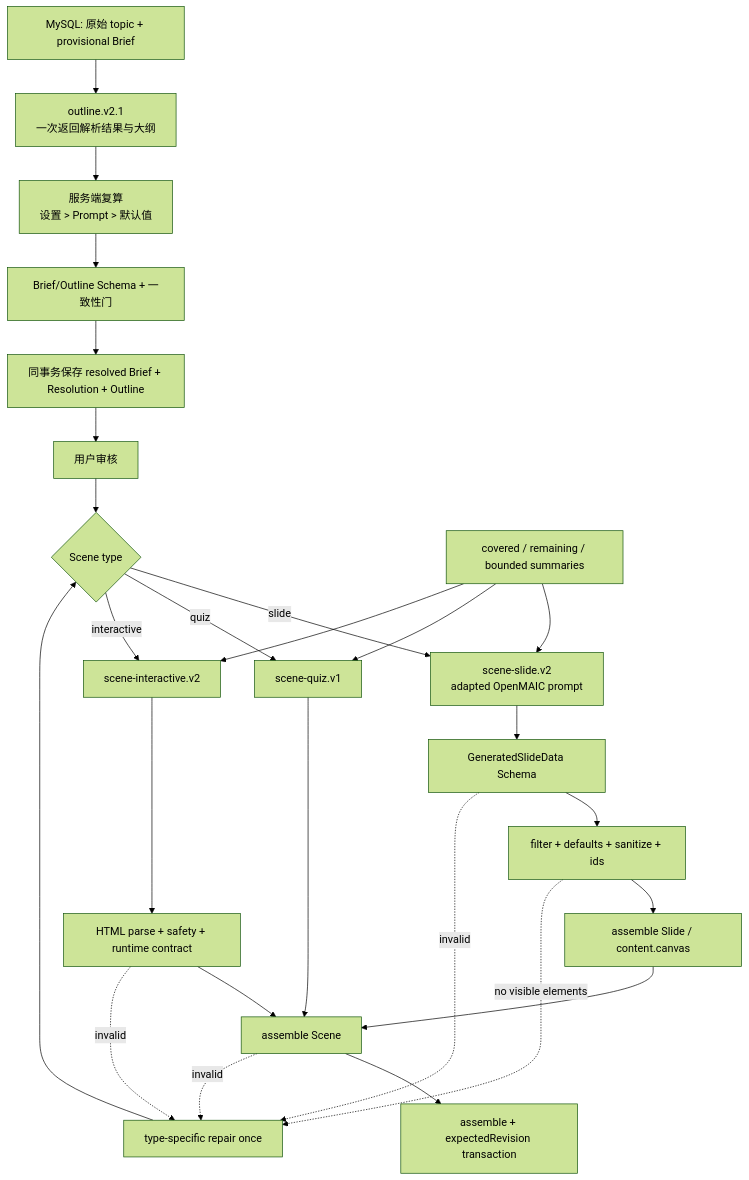
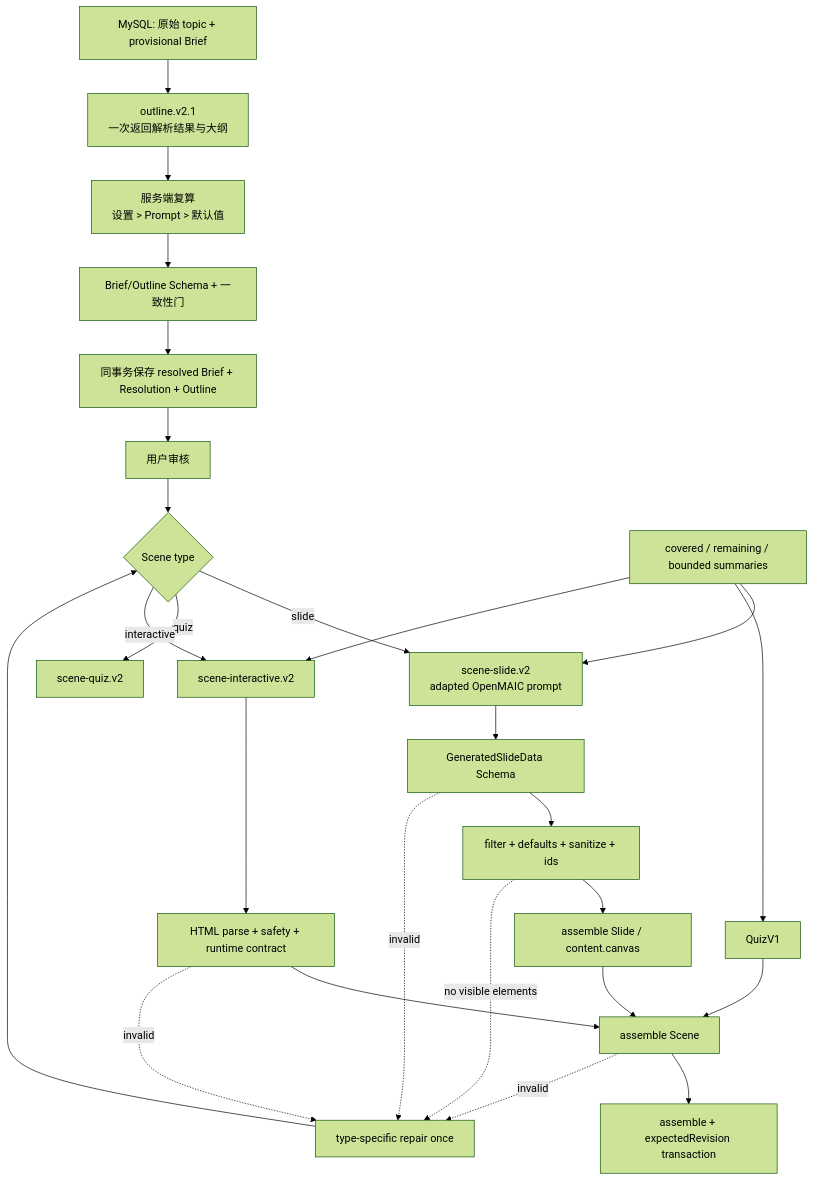
The second of 2 diagrams in docs/05-generation-pipeline.md (shuige666666/ai-teaching-assistance-platform), drawn with Mermaid (forest theme) before and after one commit. The commit also changed other lines of this file and 38 other files, not shown here.

````diff
--- a/docs/05-generation-pipeline.md
+++ b/docs/05-generation-pipeline.md
@@ -87,32 +87,32 @@
 ```mermaid
 flowchart TD
     Draft["MySQL: 原始 topic + provisional Brief"] --> OutlineV2["outline.v2.1<br/>一次返回解析结果与大纲"]
     OutlineV2 --> BriefResolver["服务端复算<br/>设置 > Prompt > 默认值"]
     BriefResolver --> OutlineGate["Brief/Outline Schema + 一致性门"]
     OutlineGate --> PersistOutline["同事务保存 resolved Brief + Resolution + Outline"]
     PersistOutline --> Review["用户审核"]
     Review --> Route{"Scene type"}
 
     Route -->|slide| SlideV2["scene-slide.v2<br/>adapted OpenMAIC prompt"]
-    Route -->|quiz| QuizV1["scene-quiz.v1"]
+    Route -->|quiz| QuizV2["scene-quiz.v2"]
     Route -->|interactive| DiagramV1["scene-interactive.v2"]
 
     Memory["covered / remaining / bounded summaries"] --> SlideV2
     Memory --> QuizV1
     Memory --> DiagramV1
 
     SlideV2 --> SlideSchema["GeneratedSlideData Schema"]
     SlideSchema --> Normalize["filter + defaults + sanitize + ids"]
     Normalize --> BuildSlide["assemble Slide / content.canvas"]
     BuildSlide --> SceneGate["assemble Scene"]
     QuizV1 --> SceneGate
     DiagramV1 --> HtmlGate["HTML parse + safety + runtime contract"]
     HtmlGate --> SceneGate
     SceneGate --> Persist["assemble + expectedRevision transaction"]
 
     SlideSchema -.invalid.-> RepairOnce["type-specific repair once"]
     Normalize -.no visible elements.-> RepairOnce
     SceneGate -.invalid.-> RepairOnce
     HtmlGate -.invalid.-> RepairOnce
     RepairOnce --> Route
 ```
````
